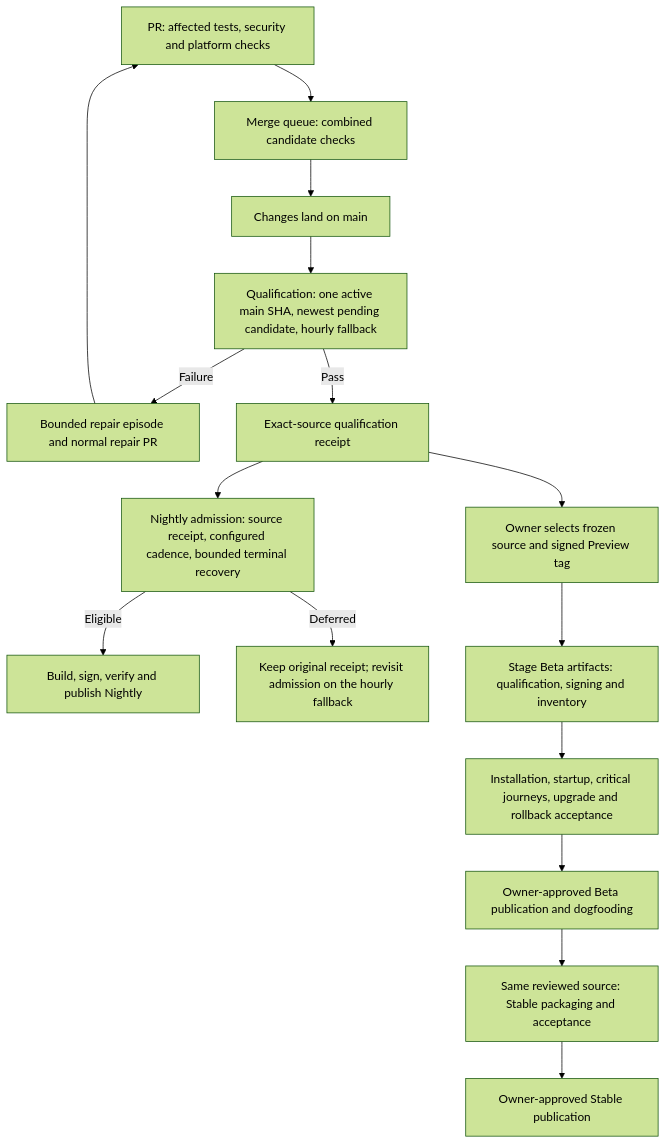
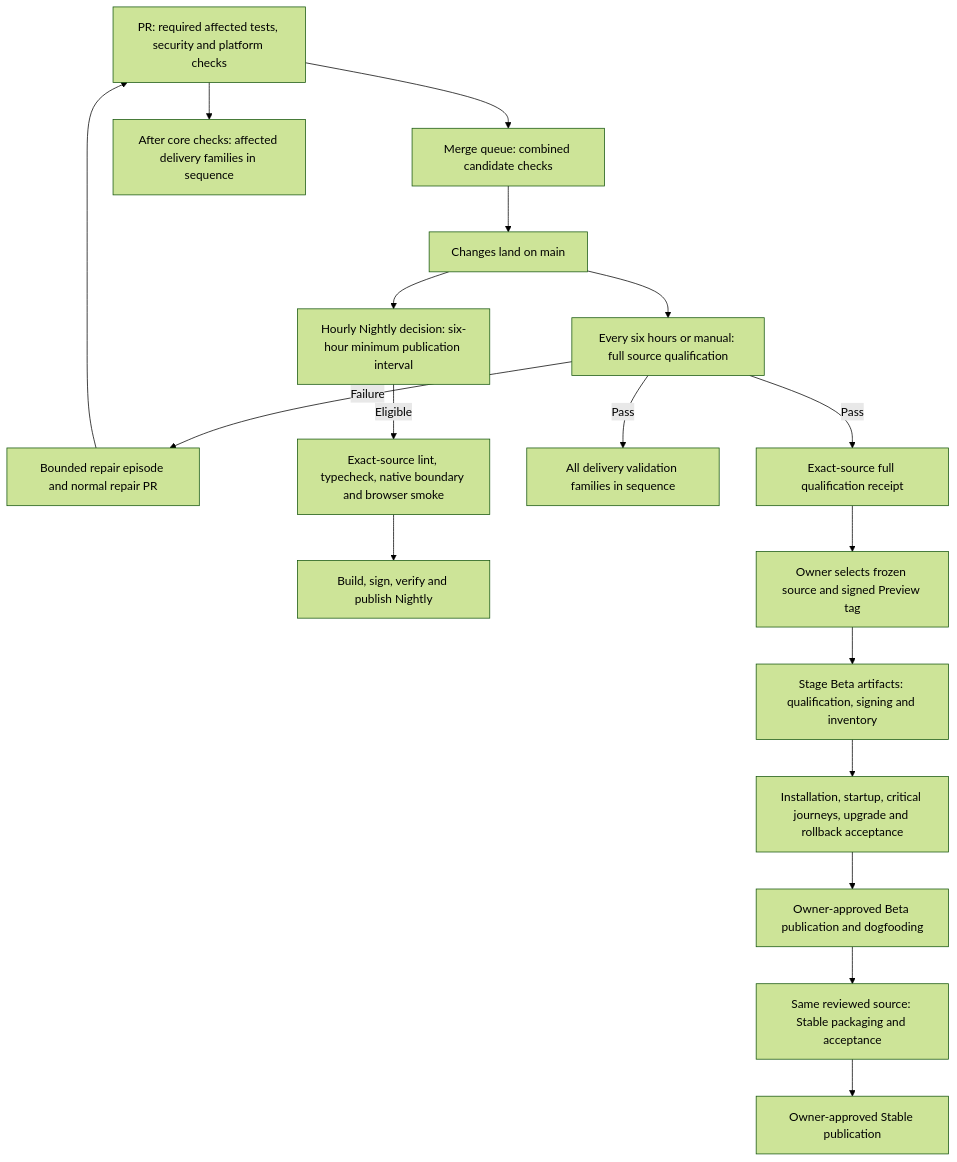
The diagram in docs/guides/releasing.md (kontourai/station), drawn with Mermaid (forest theme) before and after one commit. The commit also changed other lines of this file and 35 other files, not shown here.

Commit message:
perf(ci): batch delivery validation and separate nightly qualification

````diff
--- a/docs/guides/releasing.md
+++ b/docs/guides/releasing.md
@@ -13,18 +13,20 @@
 ```mermaid
 flowchart TD
-    PR["PR: affected tests, security and platform checks"] --> MQ["Merge queue: combined candidate checks"]
+    PR["PR: required affected tests, security and platform checks"] --> MQ["Merge queue: combined candidate checks"]
+    PR --> OPTIONAL["After core checks: affected delivery families in sequence"]
     MQ --> MAIN["Changes land on main"]
-    MAIN --> Q["Qualification: one active main SHA, newest pending candidate, hourly fallback"]
+    MAIN --> Q["Every six hours or manual: full source qualification"]
     Q -->|Failure| REPAIR["Bounded repair episode and normal repair PR"]
     REPAIR --> PR
-    Q -->|Pass| RECEIPT["Exact-source qualification receipt"]
-    RECEIPT --> DECIDE["Nightly admission: source receipt, configured cadence, bounded terminal recovery"]
-    DECIDE -->|Eligible| NIGHTLY["Build, sign, verify and publish Nightly"]
-    DECIDE -->|Deferred| WAIT["Keep original receipt; revisit admission on the hourly fallback"]
+    Q -->|Pass| RECEIPT["Exact-source full qualification receipt"]
+    Q -->|Pass| DELIVERY["All delivery validation families in sequence"]
+    MAIN --> DECIDE["Hourly Nightly decision: six-hour minimum publication interval"]
+    DECIDE -->|Eligible| SMOKE["Exact-source lint, typecheck, native boundary and browser smoke"]
+    SMOKE --> NIGHTLY["Build, sign, verify and publish Nightly"]
     RECEIPT --> PREVIEW["Owner selects frozen source and signed Preview tag"]
     PREVIEW --> STAGE["Stage Beta artifacts: qualification, signing and inventory"]
     STAGE --> ACCEPT["Installation, startup, critical journeys, upgrade and rollback acceptance"]
     ACCEPT --> BETA["Owner-approved Beta publication and dogfooding"]
     BETA --> STABLE["Same reviewed source: Stable packaging and acceptance"]
     STABLE --> PUBLISH["Owner-approved Stable publication"]
 ```
````
